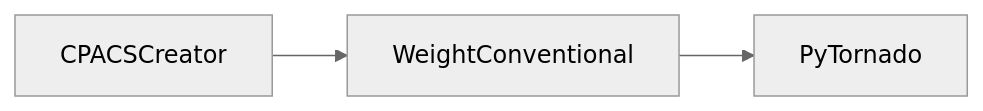
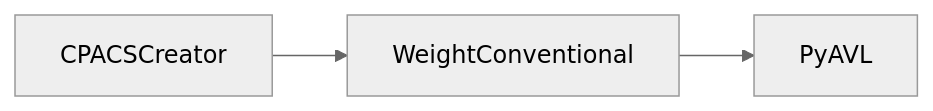
Before and after one commit to cfsengineering/CEASIOMpy: the diagram in ceasiompy/WeightConventional/README.md, drawn with Mermaid (neutral theme). The commit also changed 30 other files, not shown here.

````diff
--- a/ceasiompy/WeightConventional/README.md
+++ b/ceasiompy/WeightConventional/README.md
@@ -24,5 +24,5 @@
 ```mermaid
   graph LR;
       CPACSCreator-->WeightConventional;
-      WeightConventional-->PyTornado;
+      WeightConventional-->PyAVL;
 ```
````
